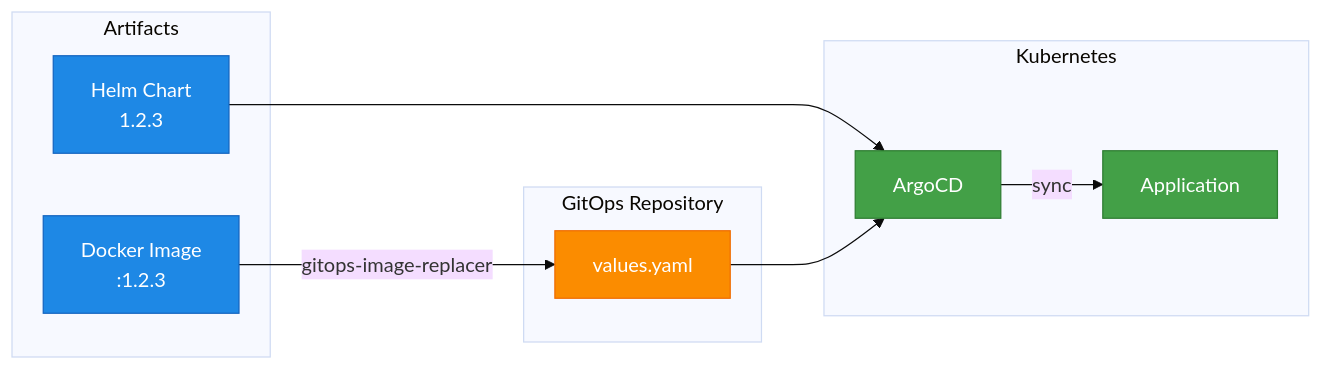
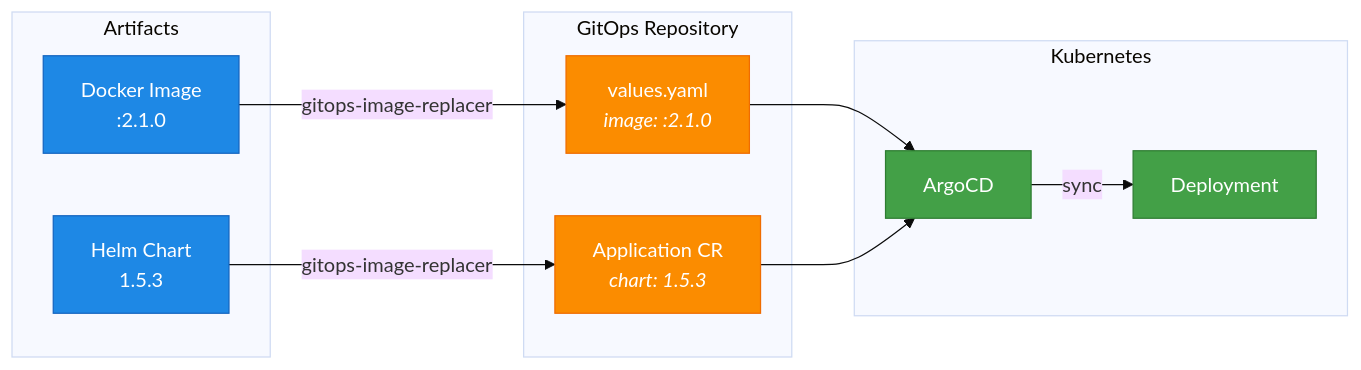
The third of 3 diagrams in docs/index.md (slauger/container-gitops-pipeline), drawn with Mermaid (base theme) before and after one commit. The commit also changed 1 other file, not shown here.

Commit message:
docs: improve GitOps diagram with chart updates via gitops-image-replacer

````diff
--- a/docs/index.md
+++ b/docs/index.md
@@ -76,29 +76,31 @@
 ```mermaid
 flowchart LR
     subgraph Artifacts
-        image["Docker Image<br/>:1.2.3"]
-        chart["Helm Chart<br/>1.2.3"]
+        image["Docker Image<br/>:2.1.0"]
+        chart["Helm Chart<br/>1.5.3"]
     end
 
     subgraph GitOps["GitOps Repository"]
-        values["values.yaml"]
+        values["values.yaml<br/><i>image: :2.1.0</i>"]
+        appCR["Application CR<br/><i>chart: 1.5.3</i>"]
     end
 
     subgraph Cluster["Kubernetes"]
         argocd["ArgoCD"]
-        app["Application"]
+        app["Deployment"]
     end
 
     image -->|"gitops-image-replacer"| values
-    chart --> argocd
+    chart -->|"gitops-image-replacer"| appCR
     values --> argocd
+    appCR --> argocd
     argocd -->|"sync"| app
 
     classDef artifactStyle fill:#1e88e5,stroke:#1565c0,color:#fff
     classDef gitopsStyle fill:#fb8c00,stroke:#ef6c00,color:#fff
     classDef clusterStyle fill:#43a047,stroke:#2e7d32,color:#fff
 
     class image,chart artifactStyle
-    class values gitopsStyle
+    class values,appCR gitopsStyle
     class argocd,app clusterStyle
 ```
````
